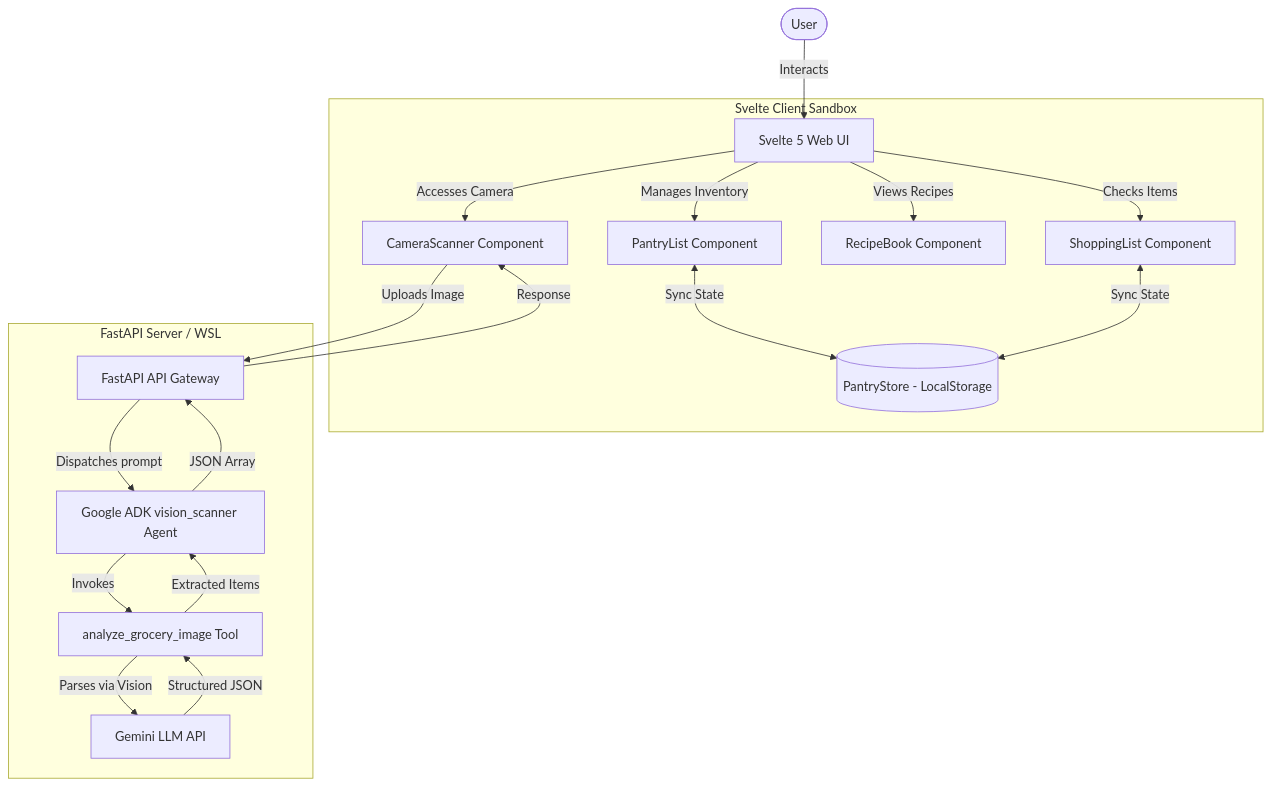
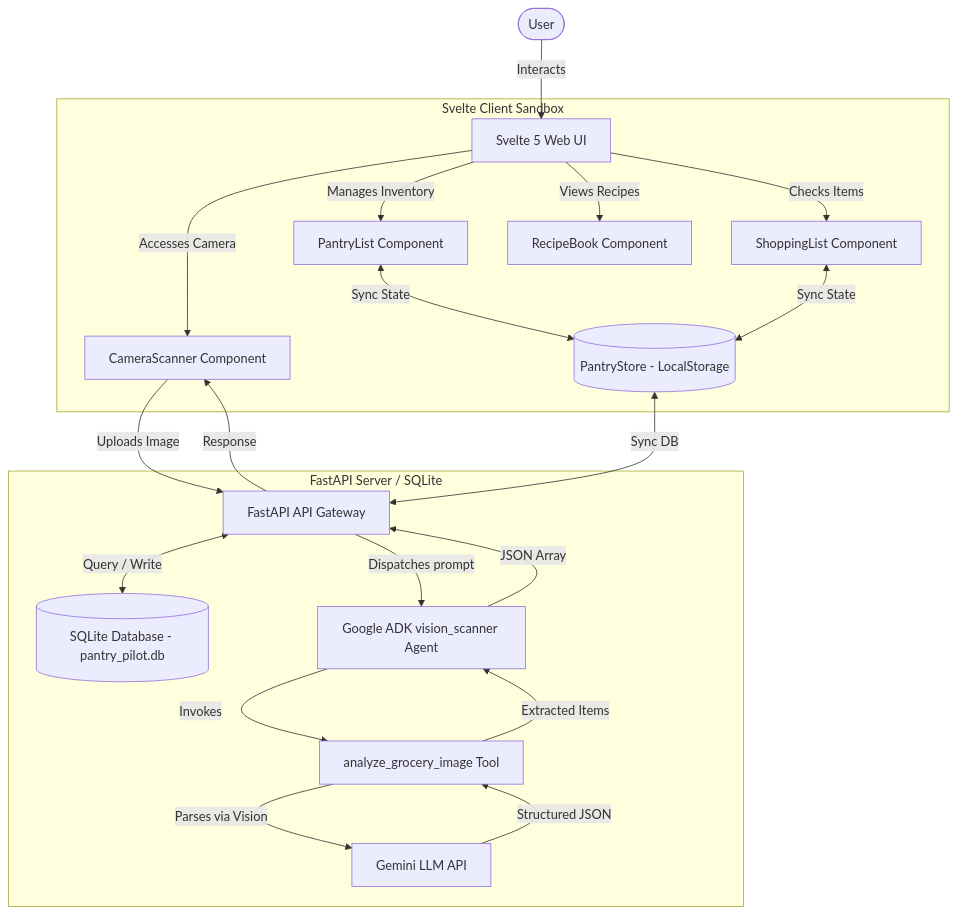
The diagram in README.md (kyau95/pantry-pilot), drawn with Mermaid before and after one commit. The commit also changed other lines of this file and 6 other files, not shown here.

Commit message:
Implement SQLite database persistence with Svelte state synchronization

````diff
--- a/README.md
+++ b/README.md
@@ -32,25 +32,28 @@
 ```mermaid
 graph TD
     User([User]) -->|Interacts| UI[Svelte 5 Web UI]
     
     subgraph Frontend [Svelte Client Sandbox]
         UI -->|Accesses Camera| CameraScanner[CameraScanner Component]
         UI -->|Manages Inventory| PantryList[PantryList Component]
         UI -->|Views Recipes| RecipeBook[RecipeBook Component]
         UI -->|Checks Items| ShoppingList[ShoppingList Component]
         
         PantryList <-->|Sync State| Store[(PantryStore - LocalStorage)]
         ShoppingList <-->|Sync State| Store
     end
 
-    subgraph Backend [FastAPI Server / WSL]
+    subgraph Backend [FastAPI Server / SQLite]
         CameraScanner -->|Uploads Image| API[FastAPI API Gateway]
+        Store <-->|Sync DB| API
+        API <-->|Query / Write| DB[(SQLite Database - pantry_pilot.db)]
+        
         API -->|Dispatches prompt| Agent[Google ADK vision_scanner Agent]
         Agent -->|Invokes| Tool[analyze_grocery_image Tool]
         Tool -->|Parses via Vision| Gemini[Gemini LLM API]
         Gemini -->|Structured JSON| Tool
         Tool -->|Extracted Items| Agent
         Agent -->|JSON Array| API
         API -->|Response| CameraScanner
     end
 ```
````
